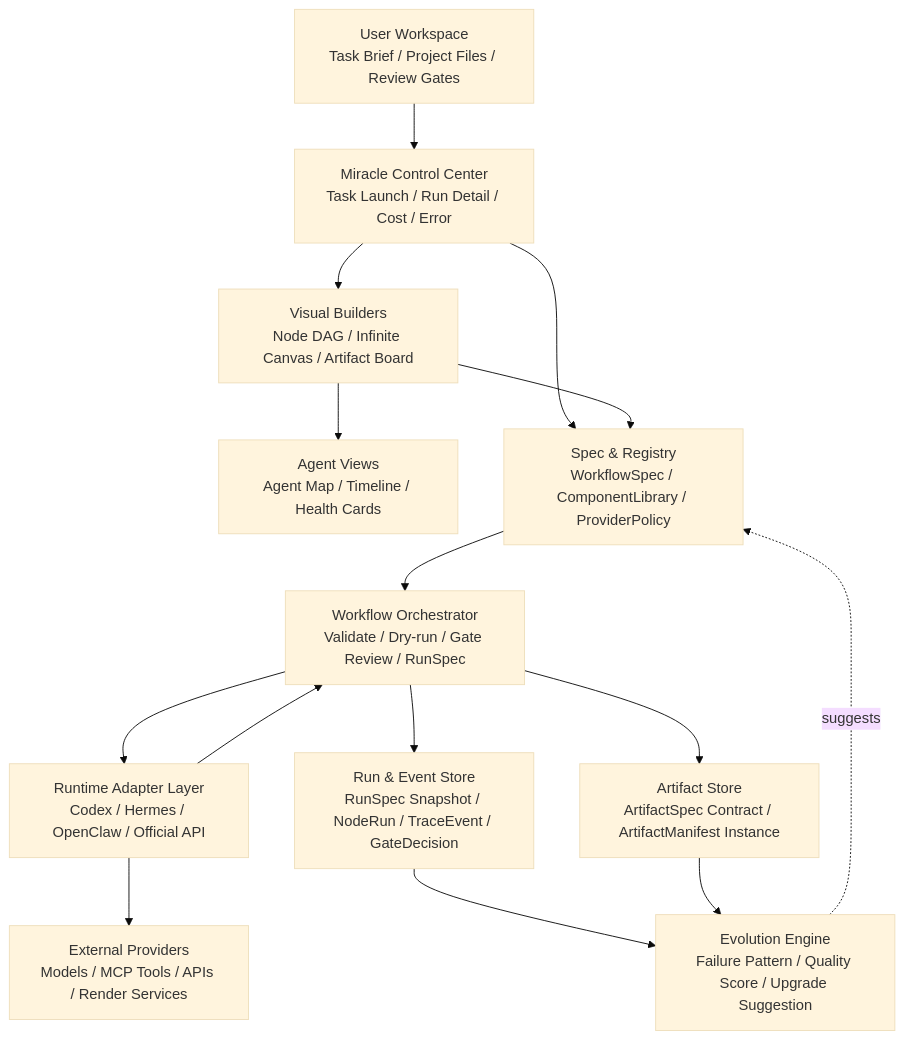
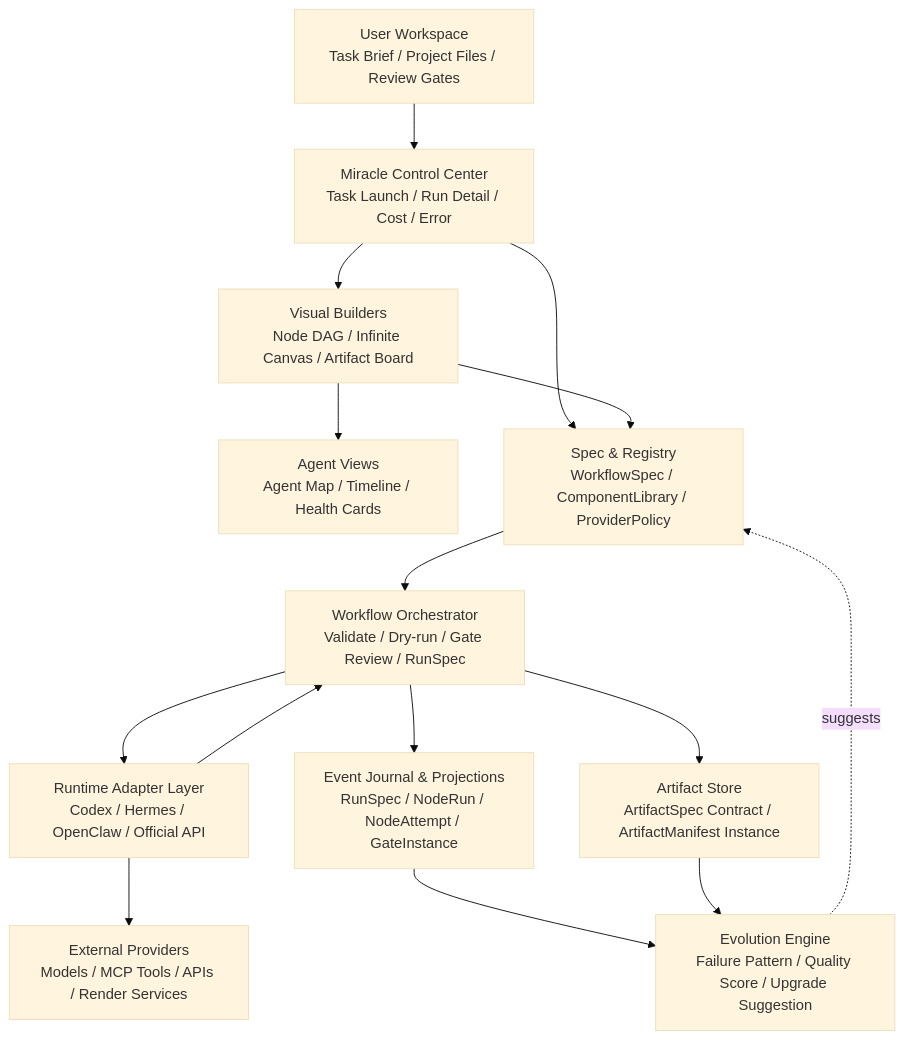
The first of 7 diagrams in 14_技术架构选型与系统架构图.md (haozhangyue/miracle-agent), drawn with Mermaid (base theme) before and after one commit. The commit also changed other lines of this file and 20 other files, not shown here.

````diff
--- a/14_技术架构选型与系统架构图.md
+++ b/14_技术架构选型与系统架构图.md
@@ -51,27 +52,27 @@
 ```mermaid
 flowchart TB
   User["User Workspace<br/>Task Brief / Project Files / Review Gates"]
   Control["Miracle Control Center<br/>Task Launch / Run Detail / Cost / Error"]
   Builder["Visual Builders<br/>Node DAG / Infinite Canvas / Artifact Board"]
   AgentView["Agent Views<br/>Agent Map / Timeline / Health Cards"]
 
   Spec["Spec & Registry<br/>WorkflowSpec / ComponentLibrary / ProviderPolicy"]
   Orch["Workflow Orchestrator<br/>Validate / Dry-run / Gate Review / RunSpec"]
   Adapter["Runtime Adapter Layer<br/>Codex / Hermes / OpenClaw / Official API"]
   Provider["External Providers<br/>Models / MCP Tools / APIs / Render Services"]
 
-  Trace["Run & Event Store<br/>RunSpec Snapshot / NodeRun / TraceEvent / GateDecision"]
+  Trace["Event Journal & Projections<br/>RunSpec / NodeRun / NodeAttempt / GateInstance"]
   Artifact["Artifact Store<br/>ArtifactSpec Contract / ArtifactManifest Instance"]
   Evolution["Evolution Engine<br/>Failure Pattern / Quality Score / Upgrade Suggestion"]
 
   User --> Control --> Builder --> AgentView
   Control --> Spec
   Builder --> Spec
   Spec --> Orch --> Adapter --> Provider
   Adapter --> Orch
   Orch --> Trace
   Orch --> Artifact
   Trace --> Evolution
   Artifact --> Evolution
   Evolution -.suggests.-> Spec
 ```
````
